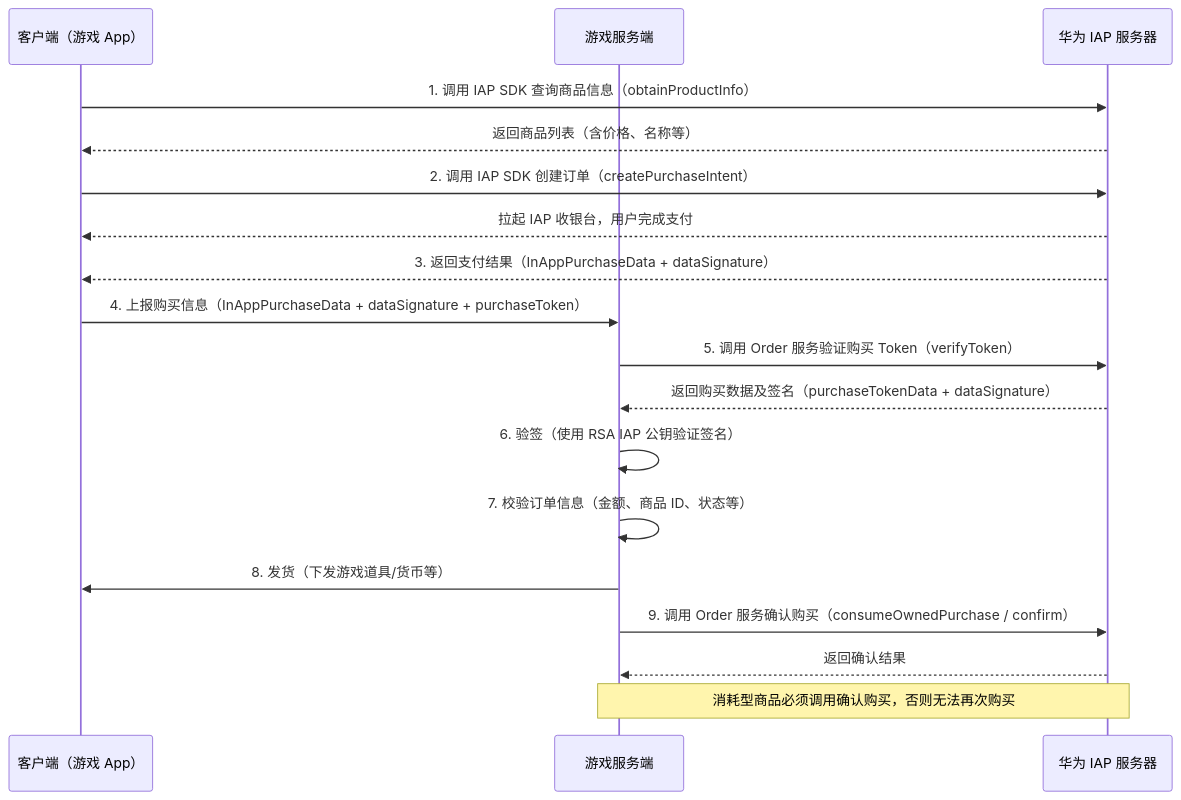
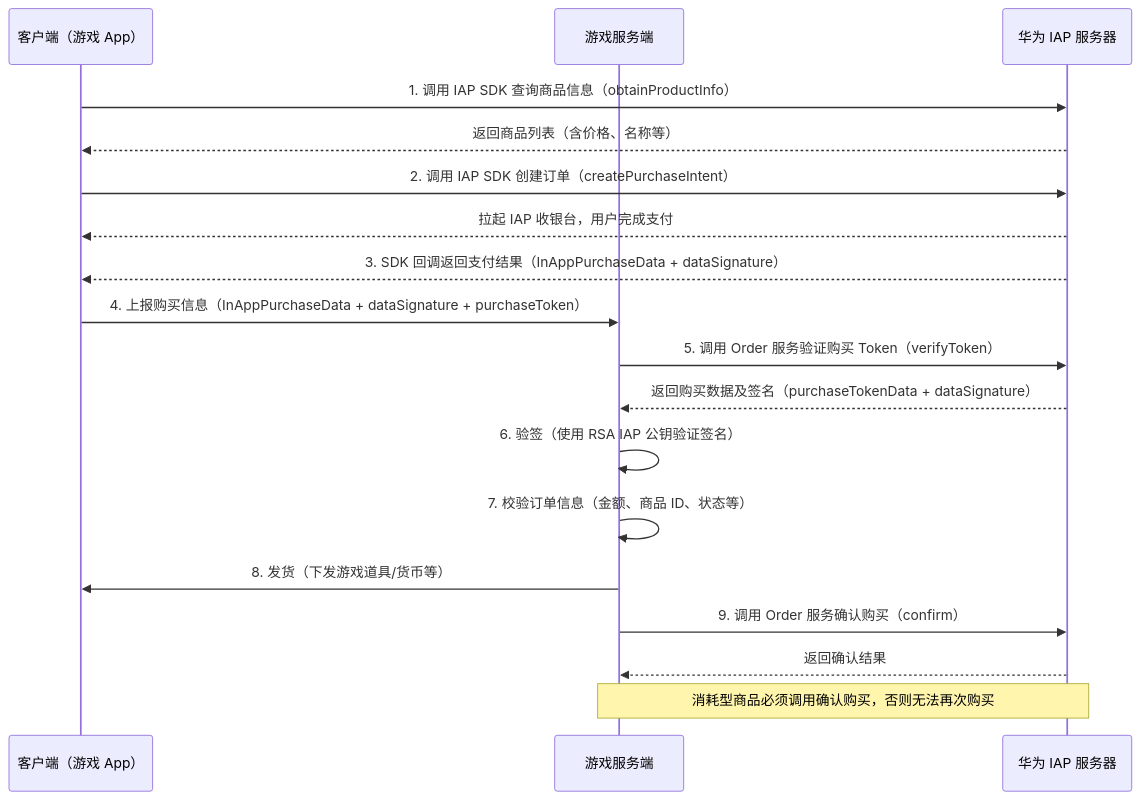
The first of 3 diagrams in huawei/支付流程/内购项/README.md (huanggze/ChannelDocs), drawn with Mermaid before and after one commit. The commit also changed other lines of this file, not shown here.

````diff
--- a/huawei/支付流程/内购项/README.md
+++ b/huawei/支付流程/内购项/README.md
@@ -66,30 +63,30 @@
 ```mermaid
 sequenceDiagram
     participant C as 客户端（游戏 App）
     participant S as 游戏服务端
     participant H as 华为 IAP 服务器
 
     C->>H: 1. 调用 IAP SDK 查询商品信息（obtainProductInfo）
     H-->>C: 返回商品列表（含价格、名称等）
 
     C->>H: 2. 调用 IAP SDK 创建订单（createPurchaseIntent）
     H-->>C: 拉起 IAP 收银台，用户完成支付
 
-    H-->>C: 3. 返回支付结果（InAppPurchaseData + dataSignature）
+    H-->>C: 3. SDK 回调返回支付结果（InAppPurchaseData + dataSignature）
 
     C->>S: 4. 上报购买信息（InAppPurchaseData + dataSignature + purchaseToken）
 
     S->>H: 5. 调用 Order 服务验证购买 Token（verifyToken）
     H-->>S: 返回购买数据及签名（purchaseTokenData + dataSignature）
 
     S->>S: 6. 验签（使用 RSA IAP 公钥验证签名）
 
     S->>S: 7. 校验订单信息（金额、商品 ID、状态等）
 
     S->>C: 8. 发货（下发游戏道具/货币等）
 
-    S->>H: 9. 调用 Order 服务确认购买（consumeOwnedPurchase / confirm）
+    S->>H: 9. 调用 Order 服务确认购买（confirm）
     H-->>S: 返回确认结果
 
     Note over S,H: 消耗型商品必须调用确认购买，否则无法再次购买
 ```
````
